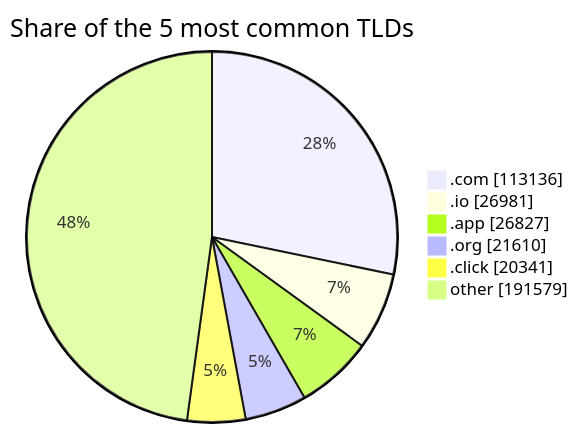
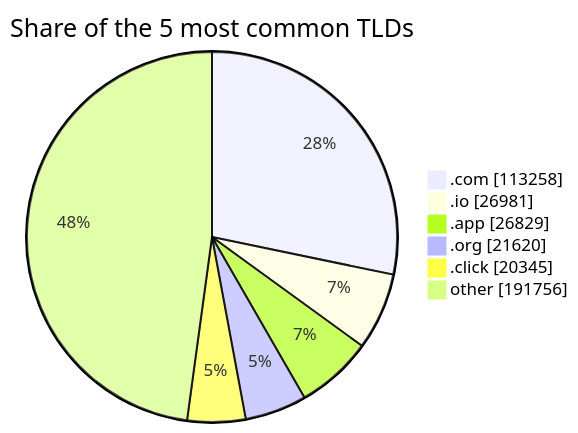
One commit to DNSBunker/CTI changed the third of 3 diagrams in README.md. Above: the diagram before and after it, drawn with Mermaid. The commit also changed other lines of this file and 3 other files, not shown here.

````diff
--- a/README.md
+++ b/README.md
@@ -81,9 +81,9 @@
 ```mermaid
 pie showData title Share of the 5 most common TLDs
-    ".com" : 113136
+    ".com" : 113258
     ".io" : 26981
-    ".app" : 26827
-    ".org" : 21610
-    ".click" : 20341
-    "other" : 191579
+    ".app" : 26829
+    ".org" : 21620
+    ".click" : 20345
+    "other" : 191756
 ```
````
